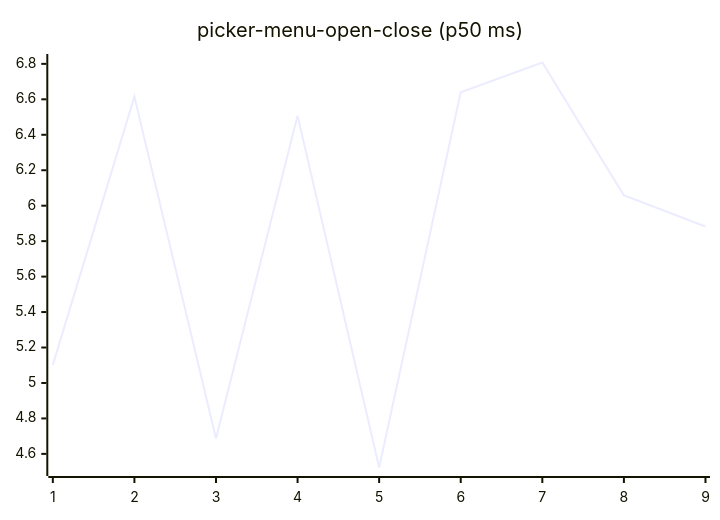
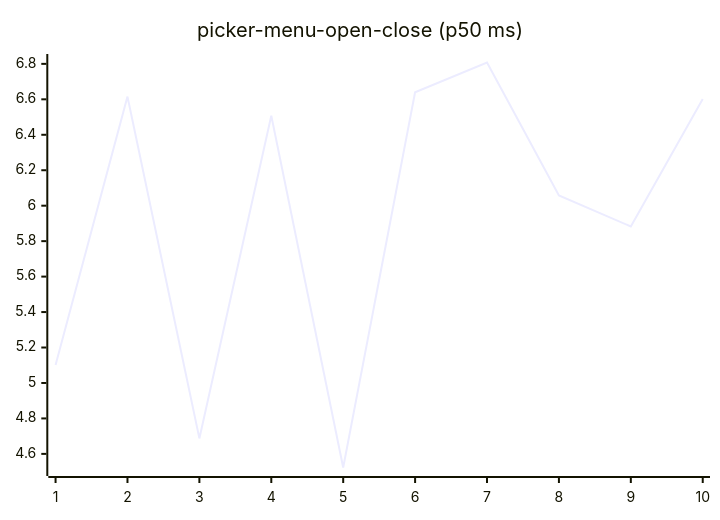
Before and after one commit to josha/Facet: diagram 16 of 27 in README.md, drawn with Mermaid. The commit also changed other lines of this file and 2 other files, not shown here.

````diff
--- a/README.md
+++ b/README.md
@@ -168,6 +168,6 @@
 ```mermaid
 xychart-beta
     title "picker-menu-open-close (p50 ms)"
-    x-axis 1 --> 9
-    line [5.1020, 6.6154, 4.6873, 6.5076, 4.5232, 6.6400, 6.8077, 6.0581, 5.8829]
+    x-axis 1 --> 10
+    line [5.1020, 6.6154, 4.6873, 6.5076, 4.5232, 6.6400, 6.8077, 6.0581, 5.8829, 6.6018]
 ```
````
